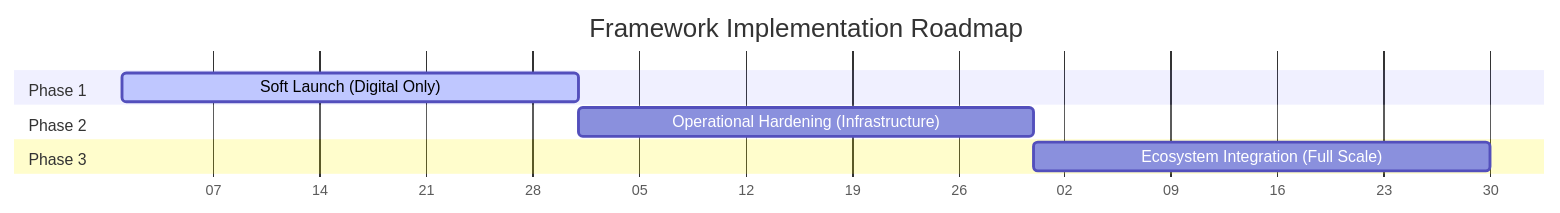
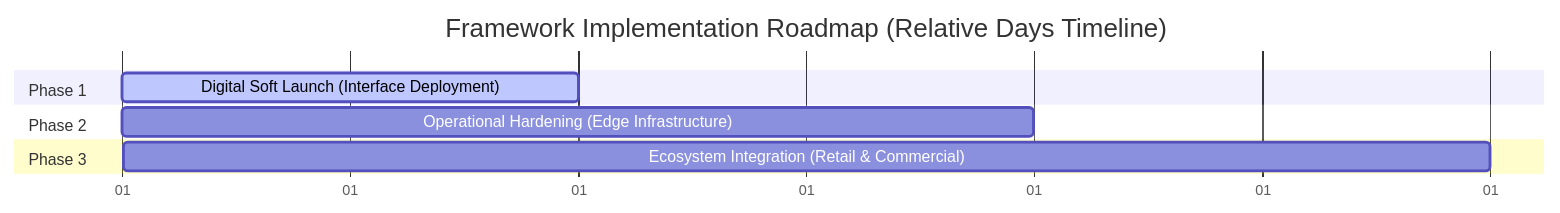
One commit to 26200602/SIA-Agentic-AI-Architecture changed the second of 2 diagrams in USE_CASE_12_sia-airport-orchestration-framework.md. Above: the diagram before and after it, drawn with Mermaid. The commit also changed other lines of this file, not shown here.

````diff
--- a/USE_CASE_12_sia-airport-orchestration-framework.md
+++ b/USE_CASE_12_sia-airport-orchestration-framework.md
@@ -70,15 +79,16 @@
 ```mermaid
 gantt
-    title Framework Implementation Roadmap
-    dateFormat  YYYY-MM-DD
+    title Framework Implementation Roadmap (Relative Days Timeline)
+    dateFormat  X
     axisFormat %d
     
     section Phase 1
-    Soft Launch (Digital Only) :active, p1, 2026-06-01, 30d
+    Digital Soft Launch (Interface Deployment) :active, p1, 0, 30
     
     section Phase 2
-    Operational Hardening (Infrastructure) : p2, after p1, 30d
+    Operational Hardening (Edge Infrastructure) : p2, 30, 60
     
     section Phase 3
-    Ecosystem Integration (Full Scale) : p3, after p2, 30d
+    Ecosystem Integration (Retail & Commercial) : p3, 60, 90
+
 ```
````
